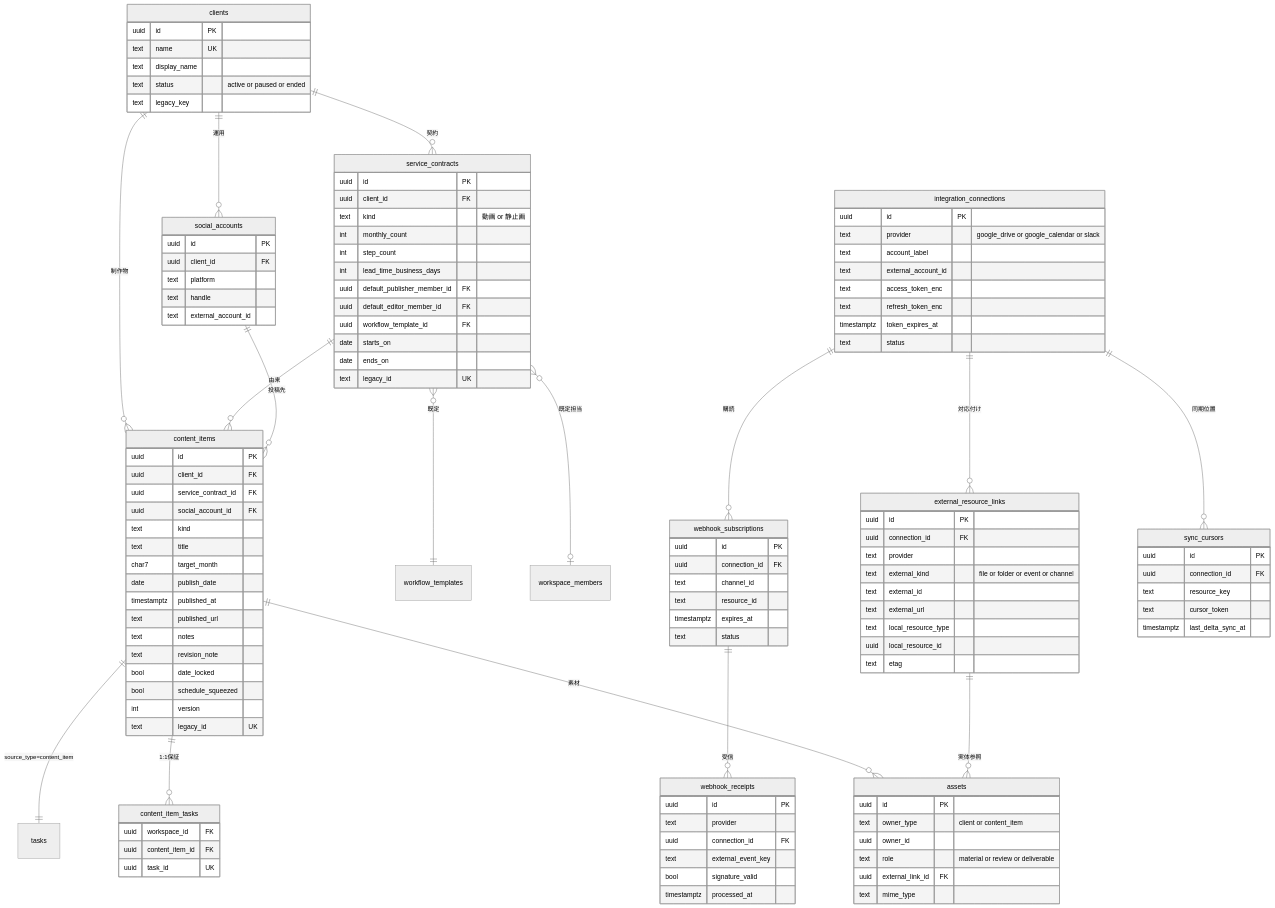
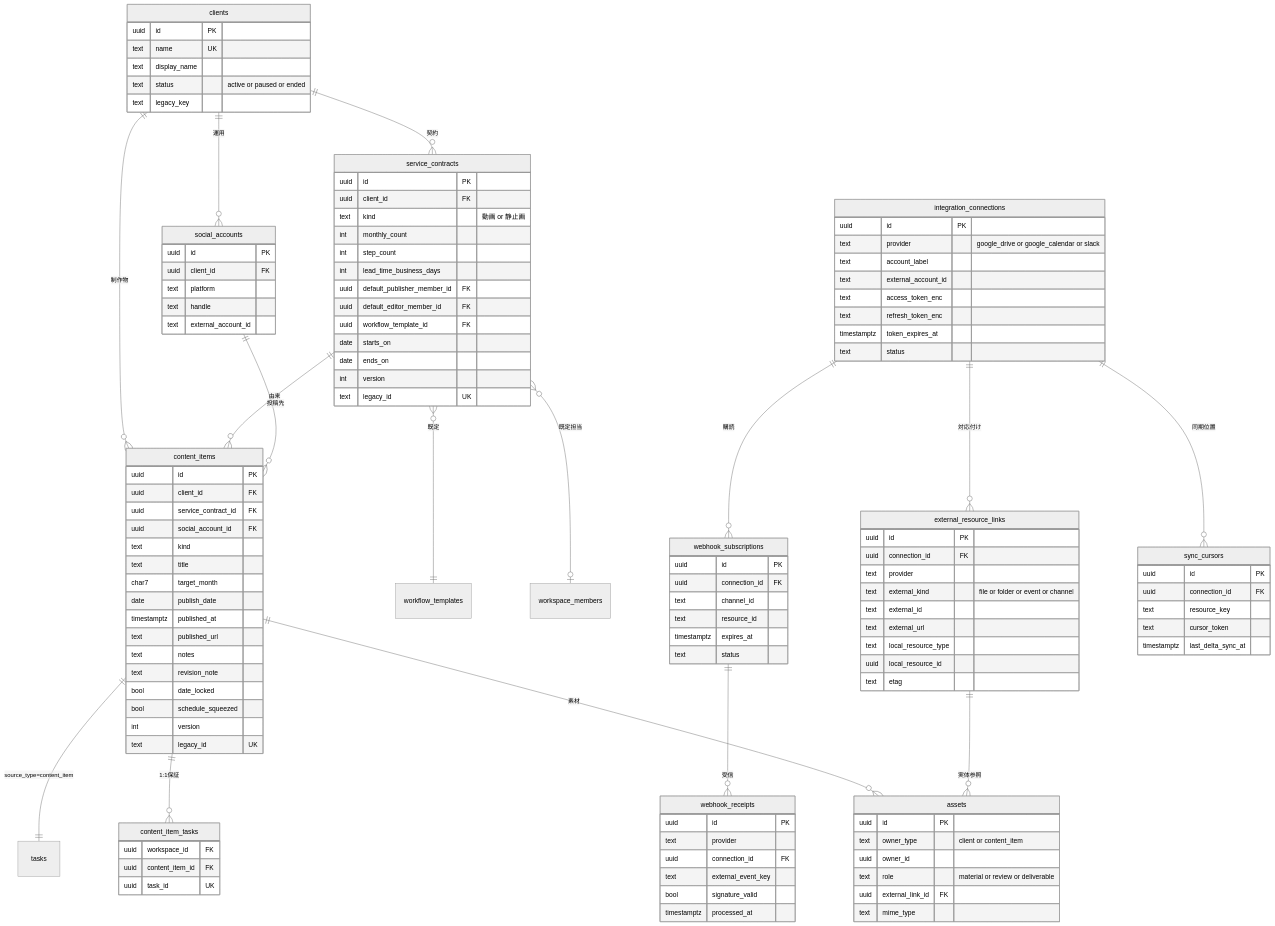
Before and after one commit to Natsumi-ML/video-works-dashboard: the third of 3 diagrams in SOCIAL_BASE_SYSTEM_DESIGN.md, drawn with Mermaid (neutral theme). The commit also changed other lines of this file and 3 other files, not shown here.

```diff
--- a/SOCIAL_BASE_SYSTEM_DESIGN.md
+++ b/SOCIAL_BASE_SYSTEM_DESIGN.md
@@ -1032,6 +1032,7 @@
         uuid workflow_template_id FK
         date starts_on
         date ends_on
+        int version
         text legacy_id UK
     }
     social_accounts {
```
